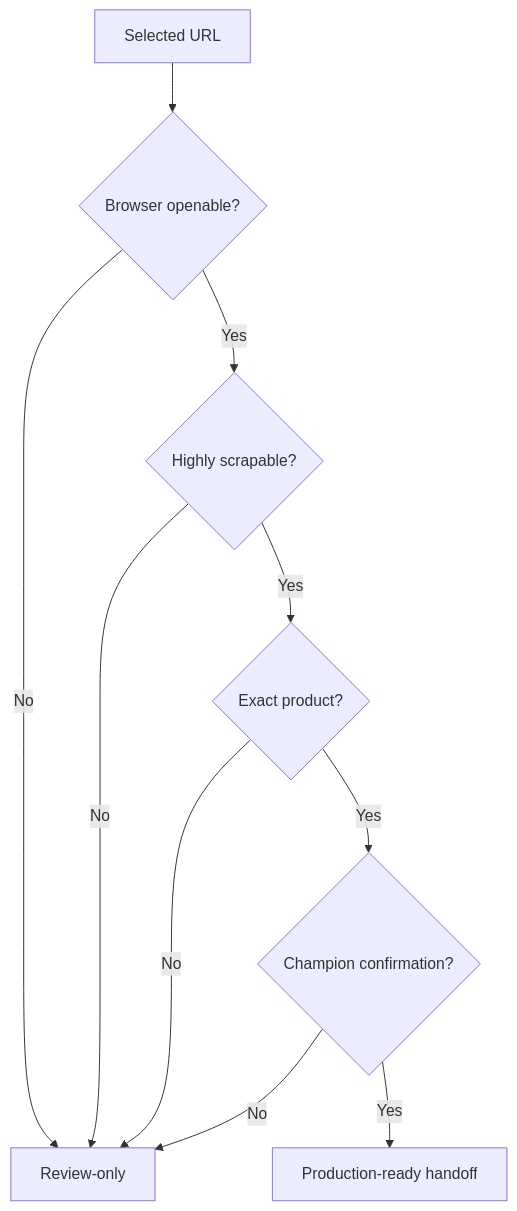
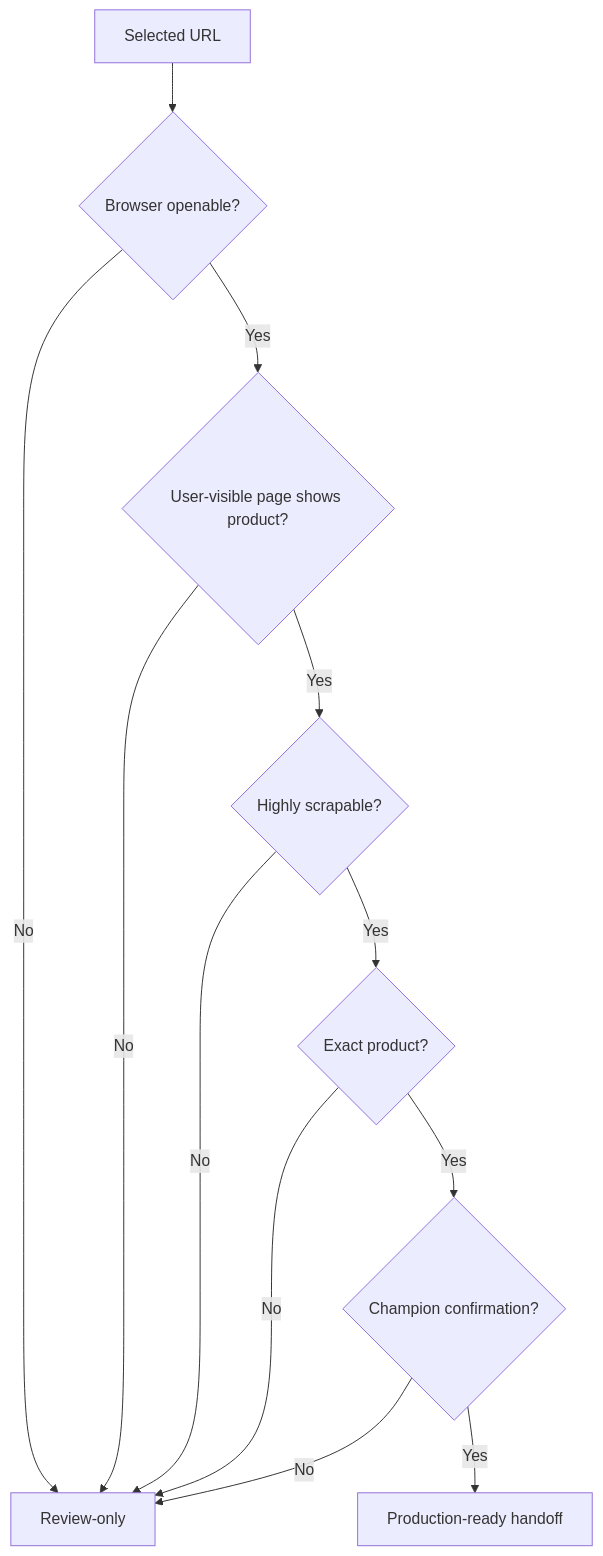
The first of 2 diagrams in docs/DECISION_CONTRACTS.md (Akilankm/web_search_tool), drawn with Mermaid before and after one commit. The commit also changed other lines of this file, not shown here.

Commit message:
Update decision contracts for browser-visible gate

````diff
--- a/docs/DECISION_CONTRACTS.md
+++ b/docs/DECISION_CONTRACTS.md
@@ -45,12 +48,14 @@
 ```mermaid
 flowchart TD
     A[Selected URL] --> B{Browser openable?}
     B -->|No| X[Review-only]
-    B -->|Yes| C{Highly scrapable?}
+    B -->|Yes| C{User-visible page shows product?}
     C -->|No| X
-    C -->|Yes| D{Exact product?}
+    C -->|Yes| D{Highly scrapable?}
     D -->|No| X
-    D -->|Yes| E{Champion confirmation?}
+    D -->|Yes| E{Exact product?}
     E -->|No| X
-    E -->|Yes| F[Production-ready handoff]
+    E -->|Yes| F{Champion confirmation?}
+    F -->|No| X
+    F -->|Yes| G[Production-ready handoff]
 ```
````
